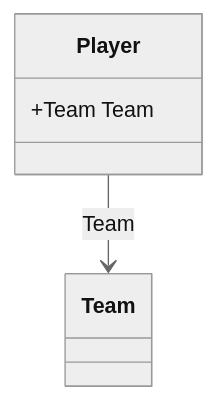
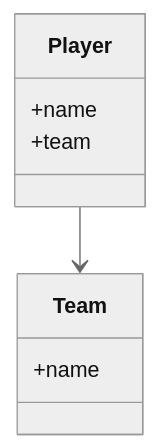
Before and after one commit to Kert0n/KPO: the sixth of 17 diagrams in lectures/Lec1/vitepress.md, drawn with Mermaid (neutral theme). The commit also changed other lines of this file and 3 other files, not shown here.

````diff
--- a/lectures/Lec1/vitepress.md
+++ b/lectures/Lec1/vitepress.md
@@ -160,8 +418,11 @@
 ```mermaid
 classDiagram
-    class Team
+    class Team {
+        +name
+    }
     class Player {
-        +Team Team
+        +name
+        +team
     }
-    Player --> Team : Team
+    Player --> Team
 ```
````
